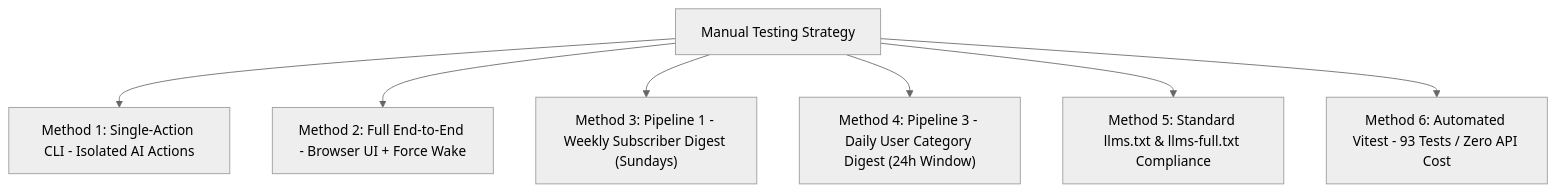
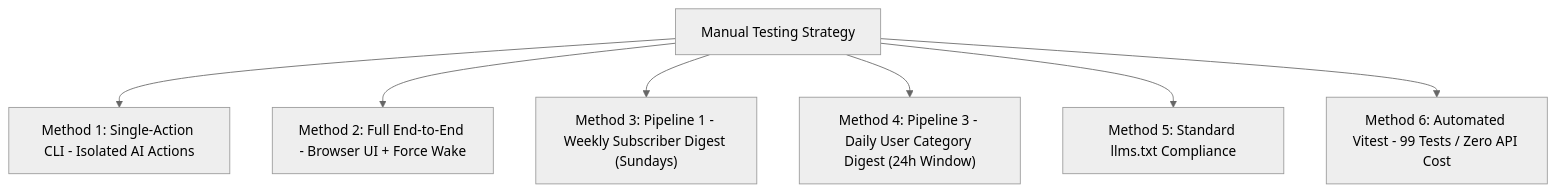
One commit to AmritSDutta/moitrii_frontend changed the diagram in docs/manual-testing.mdx. Above: the diagram before and after it, drawn with Mermaid (neutral theme). The commit also changed other lines of this file and 17 other files, not shown here.

````diff
--- a/docs/manual-testing.mdx
+++ b/docs/manual-testing.mdx
@@ -10,9 +10,9 @@
 ```mermaid
 flowchart TD
   Start["Manual Testing Strategy"] --> M1["Method 1: Single-Action CLI - Isolated AI Actions"]
   Start --> M2["Method 2: Full End-to-End - Browser UI + Force Wake"]
   Start --> M3["Method 3: Pipeline 1 - Weekly Subscriber Digest (Sundays)"]
   Start --> M4["Method 4: Pipeline 3 - Daily User Category Digest (24h Window)"]
-  Start --> M5["Method 5: Standard llms.txt & llms-full.txt Compliance"]
-  Start --> M6["Method 6: Automated Vitest - 93 Tests / Zero API Cost"]
+  Start --> M5["Method 5: Standard llms.txt Compliance"]
+  Start --> M6["Method 6: Automated Vitest - 99 Tests / Zero API Cost"]
 ```
````
